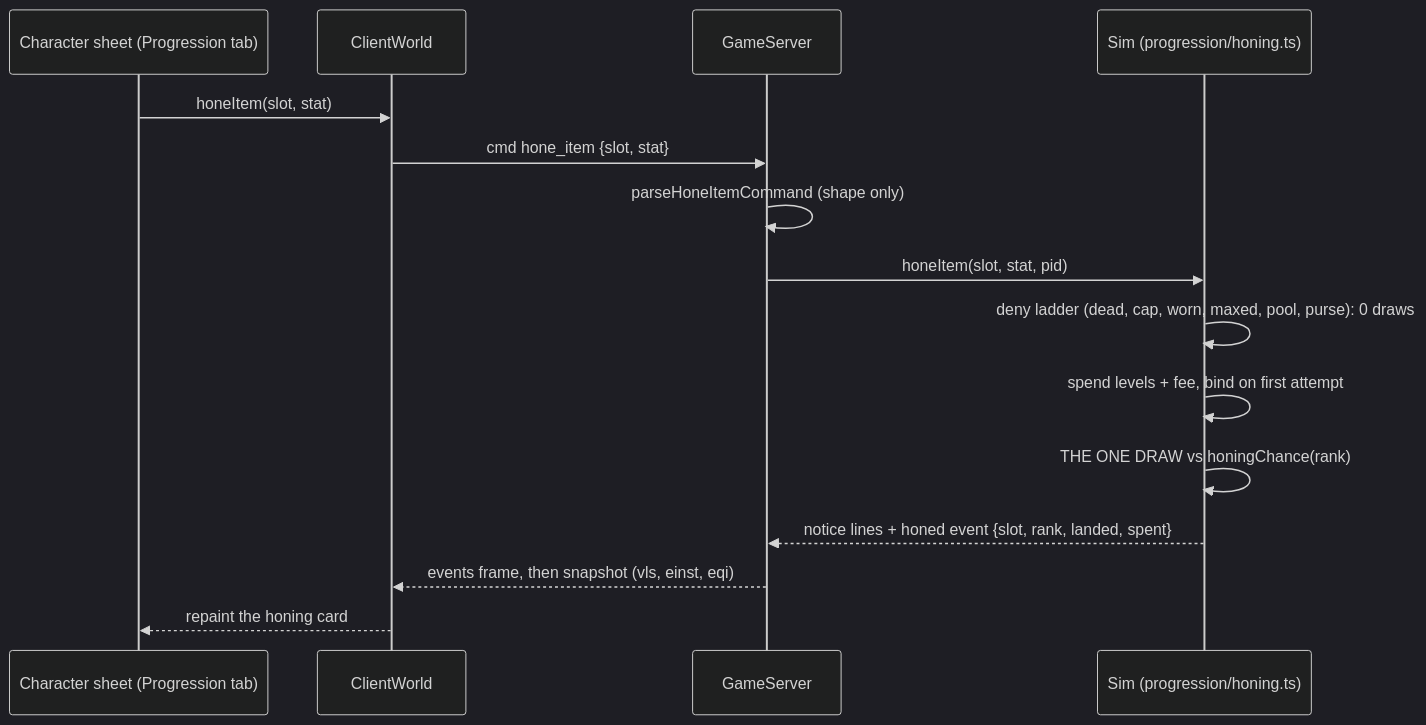
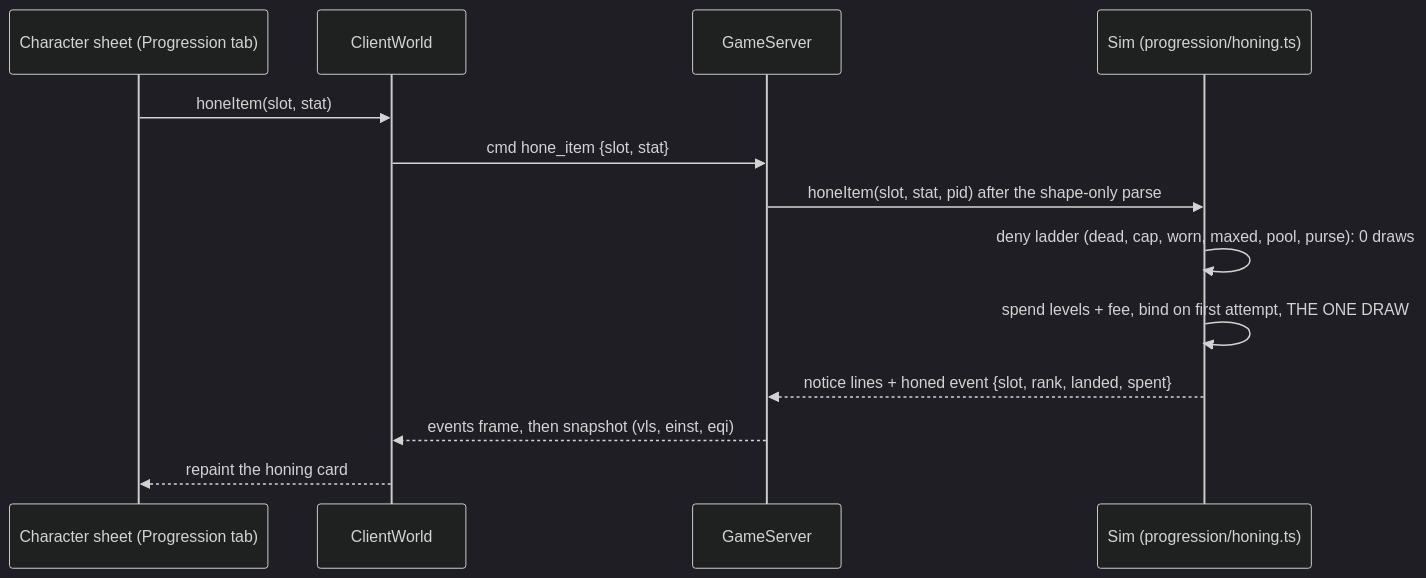
One commit to jgyy/world-of-claudecraft changed the diagram in docs/design/honing.md. Above: the diagram before and after it, drawn with Mermaid (dark theme). The commit also changed other lines of this file and 47 other files, not shown here.

````diff
--- a/docs/design/honing.md
+++ b/docs/design/honing.md
@@ -57,17 +40,15 @@
 ```mermaid
 sequenceDiagram
     participant UI as Character sheet (Progression tab)
     participant CW as ClientWorld
     participant GS as GameServer
     participant Sim as Sim (progression/honing.ts)
     UI->>CW: honeItem(slot, stat)
     CW->>GS: cmd hone_item {slot, stat}
-    GS->>GS: parseHoneItemCommand (shape only)
-    GS->>Sim: honeItem(slot, stat, pid)
+    GS->>Sim: honeItem(slot, stat, pid) after the shape-only parse
     Sim->>Sim: deny ladder (dead, cap, worn, maxed, pool, purse): 0 draws
-    Sim->>Sim: spend levels + fee, bind on first attempt
-    Sim->>Sim: THE ONE DRAW vs honingChance(rank)
+    Sim->>Sim: spend levels + fee, bind on first attempt, THE ONE DRAW
     Sim-->>GS: notice lines + honed event {slot, rank, landed, spent}
     GS-->>CW: events frame, then snapshot (vls, einst, eqi)
     CW-->>UI: repaint the honing card
 ```
````
